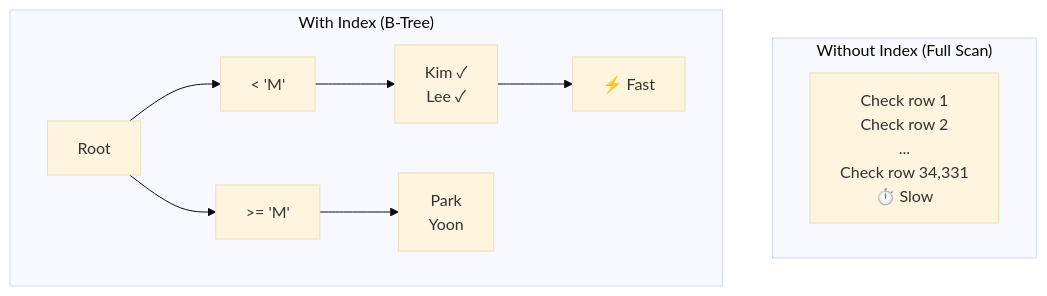
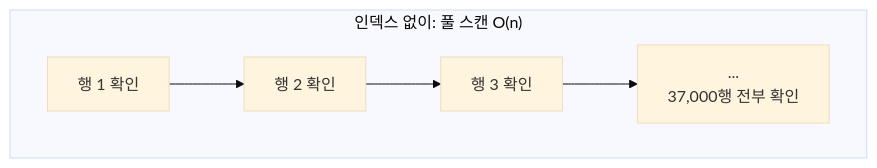
Before and after one commit to civilian7/sql-tutorial: the first of 2 diagrams in docs/ko/advanced/23-indexes.md, drawn with Mermaid (base theme). The commit also changed other lines of this file and 2 other files, not shown here.

Commit message:
Add visual diagrams to advanced lessons 18, 19, 23
- 18-window: window frame types comparison (cumulative/moving/full)
- 19-cte: recursive CTE execution flow (anchor→recurse→terminate)
- 23-indexes: B-Tree search process with step-by-step traversal

````diff
--- a/docs/ko/advanced/23-indexes.md
+++ b/docs/ko/advanced/23-indexes.md
@@ -5,11 +5,6 @@
 ```mermaid
 flowchart TD
-    subgraph "Without Index (Full Scan)"
-        FS["Check row 1\nCheck row 2\n...\nCheck row 34,331\n⏱️ Slow"]
-    end
-    subgraph "With Index (B-Tree)"
-        BT["Root"] --> L["< 'M'"] --> LF["Kim ✓\nLee ✓"]
-        BT --> R[">= 'M'"] --> RF["Park\nYoon"]
-        LF --> FA["⚡ Fast"]
+    subgraph scan["인덱스 없이: 풀 스캔 O(n)"]
+        S1["행 1 확인"] --> S2["행 2 확인"] --> S3["행 3 확인"] --> S4["...\n37,000행 전부 확인"]
     end
 ```
````
